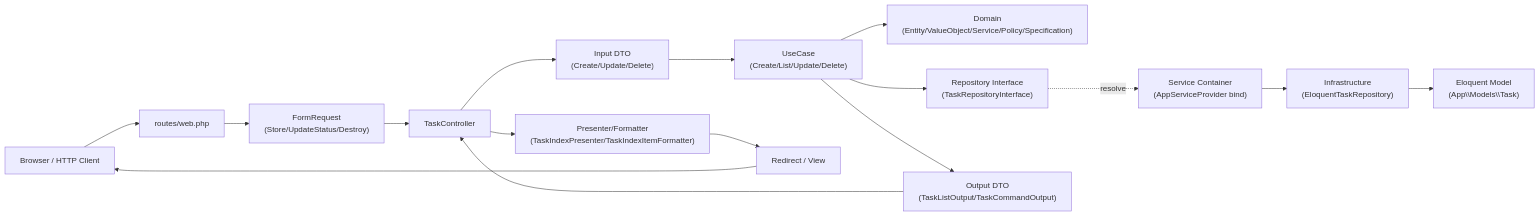
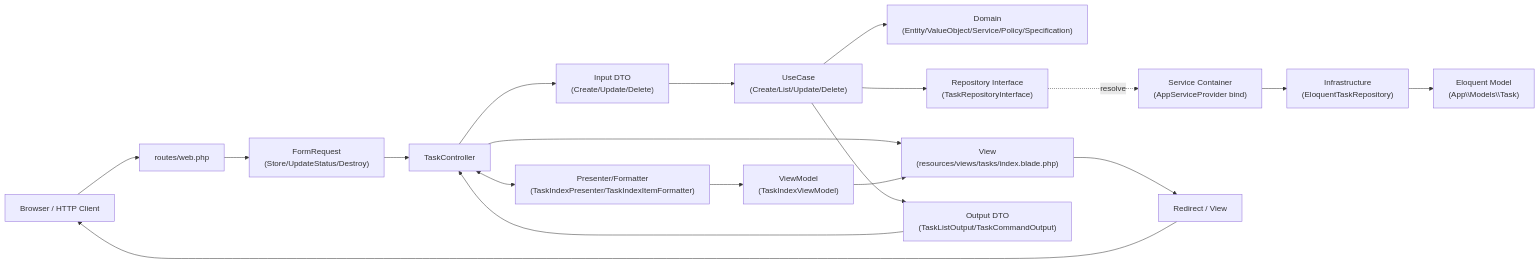
Before and after one commit to pasgroup/laravel-playground: the first of 5 diagrams in docs/task-usecase-data-flow.md, drawn with Mermaid. The commit also changed other lines of this file and 4 other files, not shown here.

````diff
--- a/docs/task-usecase-data-flow.md
+++ b/docs/task-usecase-data-flow.md
@@ -10,24 +10,32 @@
 ```mermaid
 flowchart LR
     Client["Browser / HTTP Client"]
     Route["routes/web.php"]
     Request["FormRequest\n(Store/UpdateStatus/Destroy)"]
     Controller["TaskController"]
     Input["Input DTO\n(Create/Update/Delete)"]
     UseCase["UseCase\n(Create/List/Update/Delete)"]
     Domain["Domain\n(Entity/ValueObject/Service/Policy/Specification)"]
     Port["Repository Interface\n(TaskRepositoryInterface)"]
     DI["Service Container\n(AppServiceProvider bind)"]
     Repo["Infrastructure\n(EloquentTaskRepository)"]
     Model["Eloquent Model\n(App\\Models\\Task)"]
     Presenter["Presenter/Formatter\n(TaskIndexPresenter/TaskIndexItemFormatter)"]
+    ViewModel["ViewModel\n(TaskIndexViewModel)"]
+    View["View\n(resources/views/tasks/index.blade.php)"]
     Output["Output DTO\n(TaskListOutput/TaskCommandOutput)"]
     Response["Redirect / View"]
 
     Client --> Route --> Request --> Controller
     Controller --> Input --> UseCase
     UseCase --> Domain
     UseCase --> Port
     Port -. resolve .-> DI --> Repo --> Model
-    UseCase --> Output --> Controller --> Presenter --> Response --> Client
+    UseCase --> Output
+    Output --> Controller
+    Controller <--> Presenter
+    Presenter --> ViewModel
+    Controller --> View
+    ViewModel --> View
+    View --> Response --> Client
 ```
````
